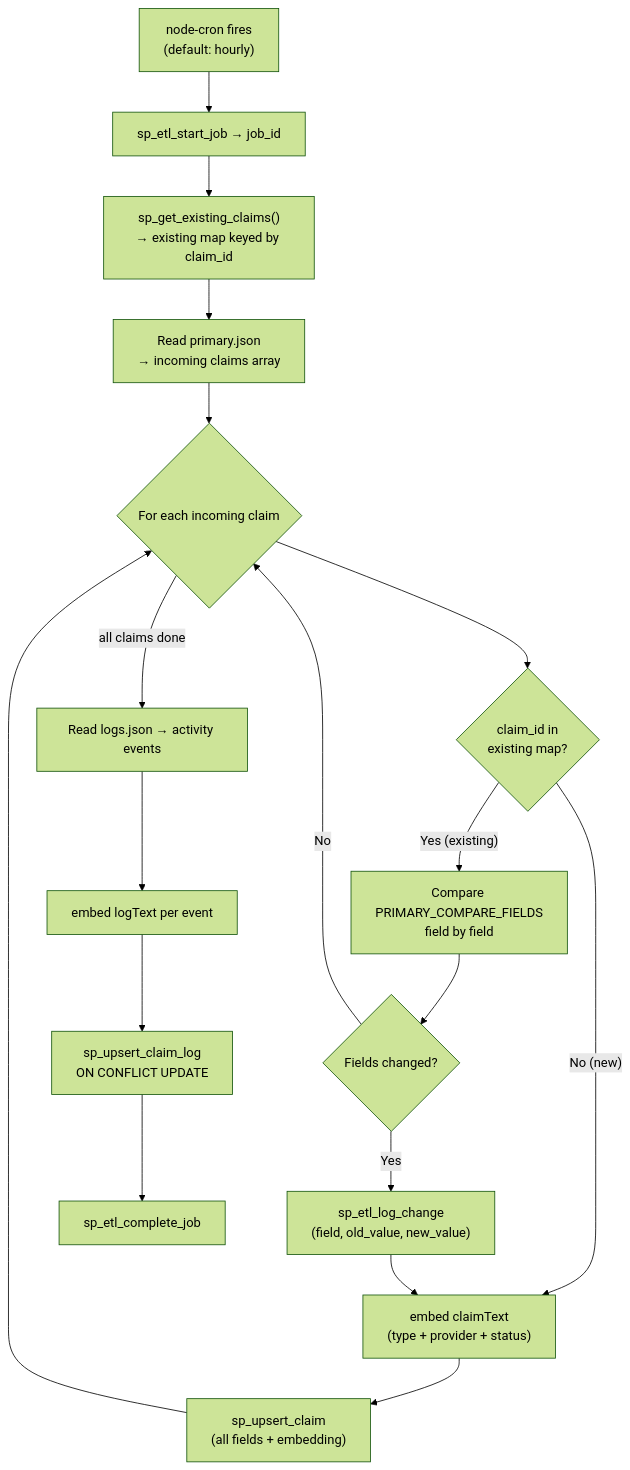
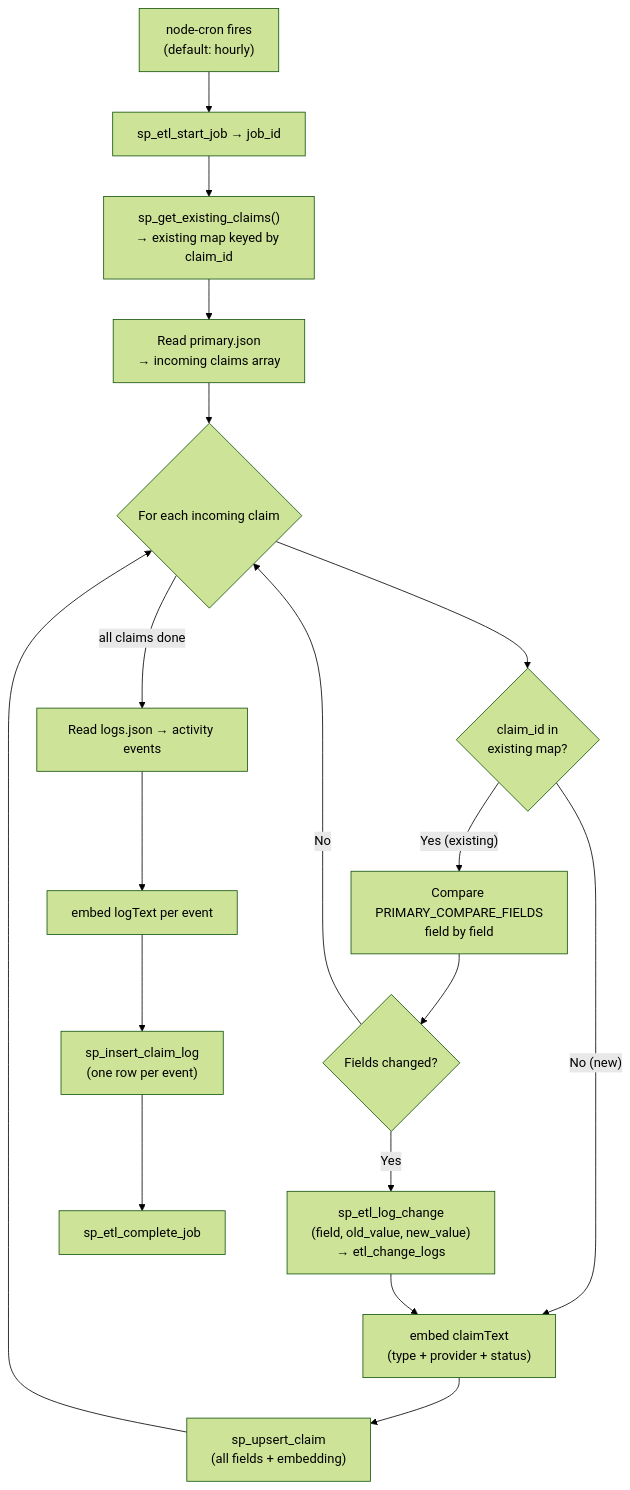
The third of 3 diagrams in docs/diagrams/etl-pipeline.md (sjackshaw/document-search), drawn with Mermaid (forest theme) before and after one commit. The commit also changed other lines of this file and 13 other files, not shown here.

````diff
--- a/docs/diagrams/etl-pipeline.md
+++ b/docs/diagrams/etl-pipeline.md
@@ -90,20 +92,20 @@
 ```mermaid
 flowchart TD
     A["node-cron fires\n(default: hourly)"] --> B["sp_etl_start_job → job_id"]
     B --> C["sp_get_existing_claims()\n→ existing map keyed by claim_id"]
     C --> D["Read primary.json\n→ incoming claims array"]
     D --> E{"For each incoming claim"}
     E --> F{"claim_id in\nexisting map?"}
     F -- "No (new)" --> G["embed claimText\n(type + provider + status)"]
     F -- "Yes (existing)" --> H["Compare PRIMARY_COMPARE_FIELDS\nfield by field"]
     H --> I{"Fields changed?"}
-    I -- "Yes" --> J["sp_etl_log_change\n(field, old_value, new_value)"]
+    I -- "Yes" --> J["sp_etl_log_change\n(field, old_value, new_value)\n→ etl_change_logs"]
     J --> G
     I -- "No" --> E
     G --> K["sp_upsert_claim\n(all fields + embedding)"]
     K --> E
     E -- "all claims done" --> L["Read logs.json → activity events"]
     L --> M["embed logText per event"]
-    M --> N["sp_upsert_claim_log\nON CONFLICT UPDATE"]
+    M --> N["sp_insert_claim_log\n(one row per event)"]
     N --> O["sp_etl_complete_job"]
 ```
````
